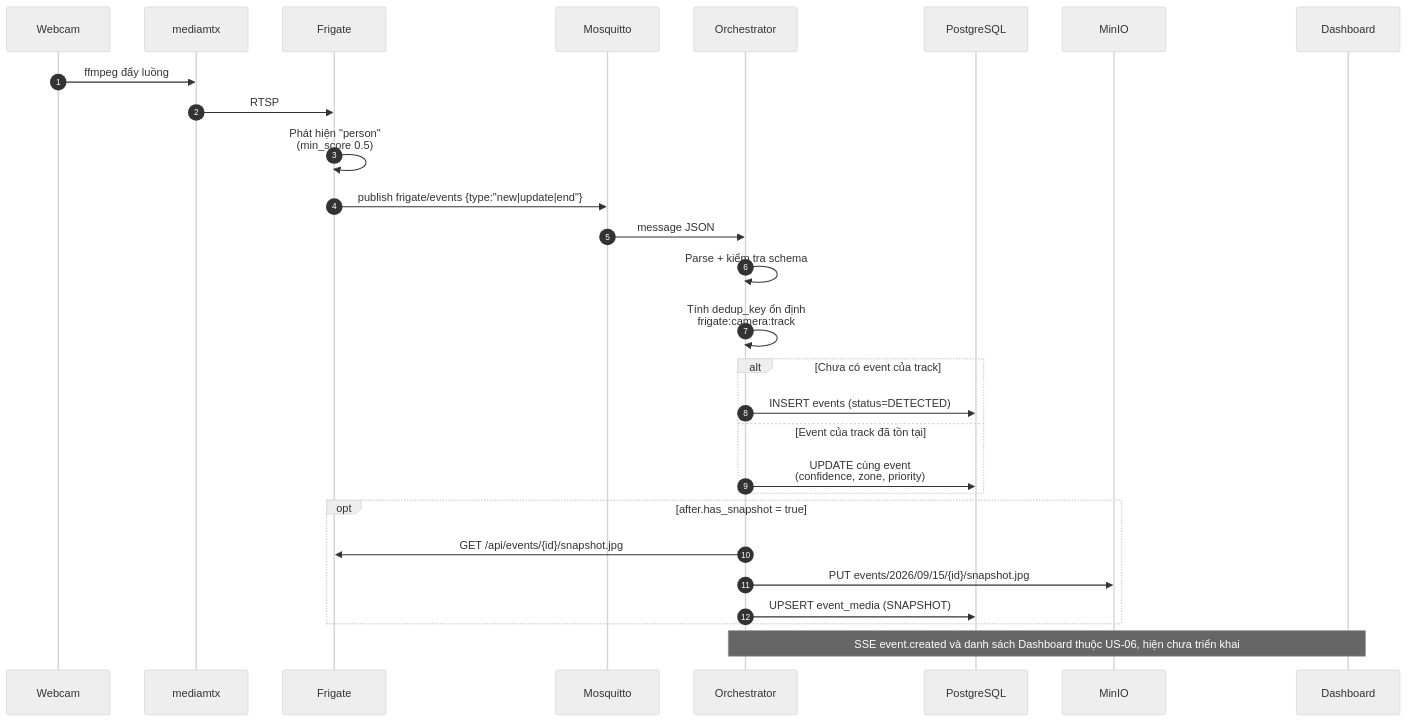
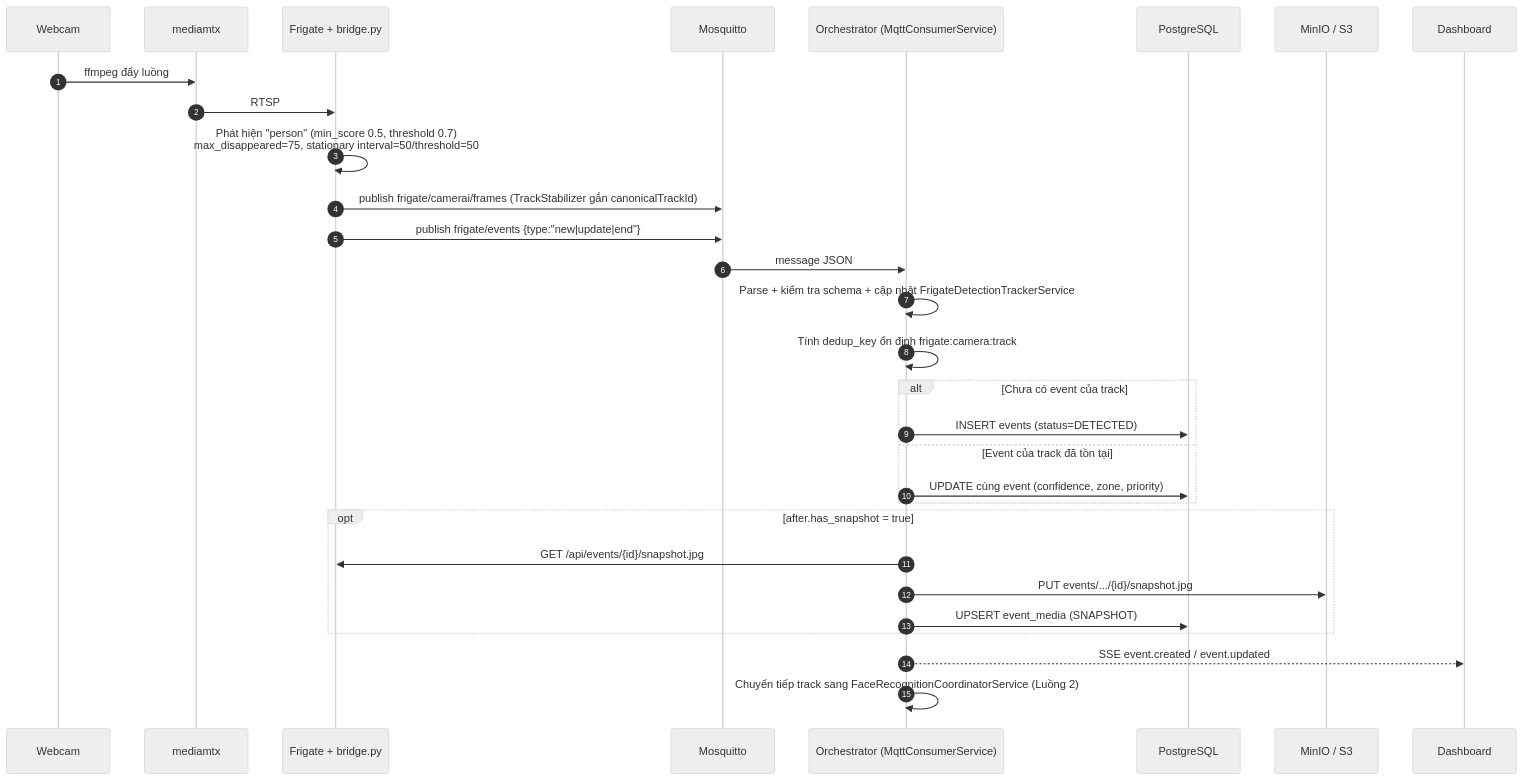
The first of 8 diagrams in docs/architecture/DATA_FLOW.md (DuongDaiPhat/aws-camera-ai), drawn with Mermaid (neutral theme) before and after one commit. The commit also changed other lines of this file and 934 other files, not shown here.

First line of the commit message:
perf(ai): optimize face track recognition and staging delivery (#49)

````diff
--- a/docs/architecture/DATA_FLOW.md
+++ b/docs/architecture/DATA_FLOW.md
@@ -25,35 +25,37 @@
 ```mermaid
 sequenceDiagram
     autonumber
     participant CAM as Webcam
     participant MTX as mediamtx
-    participant FRG as Frigate
+    participant FRG as Frigate + bridge.py
     participant MQ as Mosquitto
-    participant ORC as Orchestrator
+    participant ORC as Orchestrator (MqttConsumerService)
     participant PG as PostgreSQL
-    participant OBJ as MinIO
+    participant OBJ as MinIO / S3
     participant WEB as Dashboard
 
     CAM->>MTX: ffmpeg đẩy luồng
     MTX->>FRG: RTSP
-    FRG->>FRG: Phát hiện "person"<br/>(min_score 0.5)
+    FRG->>FRG: Phát hiện "person" (min_score 0.5, threshold 0.7)<br/>max_disappeared=75, stationary interval=50/threshold=50
+    FRG->>MQ: publish frigate/camerai/frames (TrackStabilizer gắn canonicalTrackId)
     FRG->>MQ: publish frigate/events {type:"new|update|end"}
     MQ->>ORC: message JSON
 
-    ORC->>ORC: Parse + kiểm tra schema
-    ORC->>ORC: Tính dedup_key ổn định<br/>frigate:camera:track
+    ORC->>ORC: Parse + kiểm tra schema + cập nhật FrigateDetectionTrackerService
+    ORC->>ORC: Tính dedup_key ổn định frigate:camera:track
 
     alt Chưa có event của track
         ORC->>PG: INSERT events (status=DETECTED)
     else Event của track đã tồn tại
-        ORC->>PG: UPDATE cùng event<br/>(confidence, zone, priority)
+        ORC->>PG: UPDATE cùng event (confidence, zone, priority)
     end
 
     opt after.has_snapshot = true
         ORC->>FRG: GET /api/events/{id}/snapshot.jpg
-        ORC->>OBJ: PUT events/2026/09/15/{id}/snapshot.jpg
+        ORC->>OBJ: PUT events/.../{id}/snapshot.jpg
         ORC->>PG: UPSERT event_media (SNAPSHOT)
     end
 
-    Note over ORC,WEB: SSE event.created và danh sách Dashboard thuộc US-06, hiện chưa triển khai
+    ORC-->>WEB: SSE event.created / event.updated
+    ORC->>ORC: Chuyển tiếp track sang FaceRecognitionCoordinatorService (Luồng 2)
 ```
````
